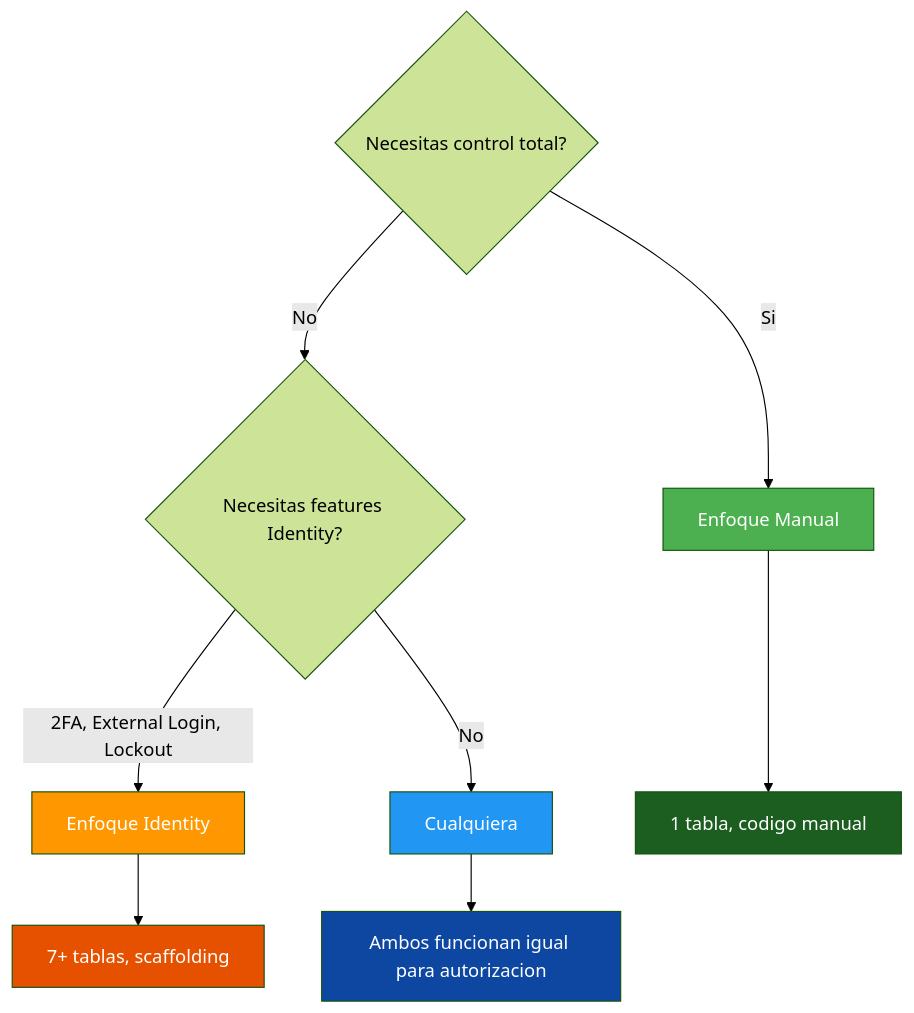
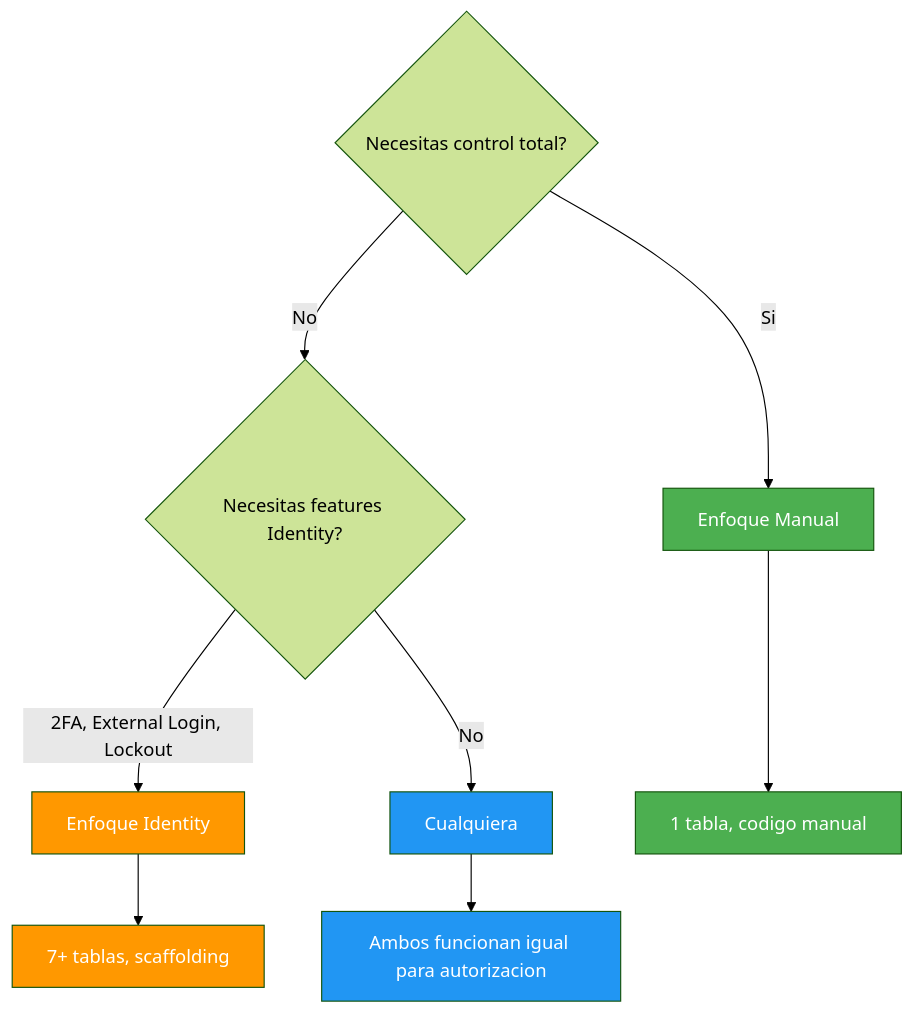
Diagram 12 of 13 in 17-autorizacion.md (joseluisgs/DesarrolloWebEntornosServidor-02-2026-2027), drawn with Mermaid (forest theme) before and after one commit. The commit also changed other lines of this file and 3 other files, not shown here.

Commit message:
[fix] Actualizar estilos y contenido en los documentos de autenticación, autorización, WebSockets y GraphQL

````diff
--- a/17-autorizacion.md
+++ b/17-autorizacion.md
@@ -1192,18 +1194,18 @@
 ```mermaid
 flowchart TD
     A{"Necesitas control total?"} -->|Si| B["Enfoque Manual"]
     A -->|No| C{"Necesitas features Identity?"}
     C -->|2FA, External Login, Lockout| D["Enfoque Identity"]
     C -->|No| E["Cualquiera"]
 
     B --> F["1 tabla, codigo manual"]
     D --> G["7+ tablas, scaffolding"]
     E --> H["Ambos funcionan igual para autorizacion"]
 
     style B fill:#4CAF50,color:#fff
     style D fill:#FF9800,color:#fff
     style E fill:#2196F3,color:#fff
-    style F fill:#1B5E20,color:#fff
-    style G fill:#E65100,color:#fff
-    style H fill:#0D47A1,color:#fff
+    style F fill:#4CAF50,color:#fff
+    style G fill:#FF9800,color:#fff
+    style H fill:#2196F3,color:#fff
 ```
````
